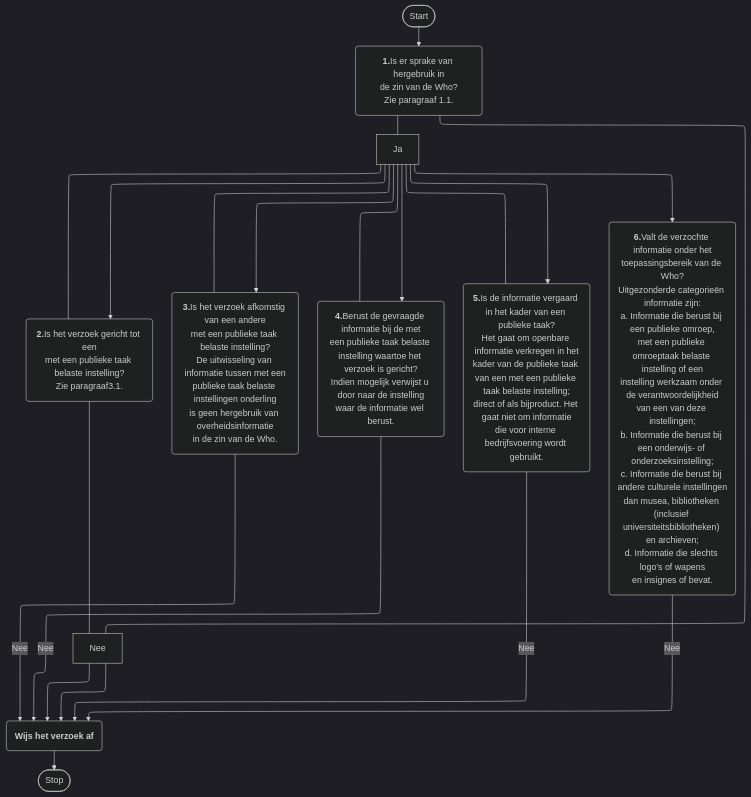
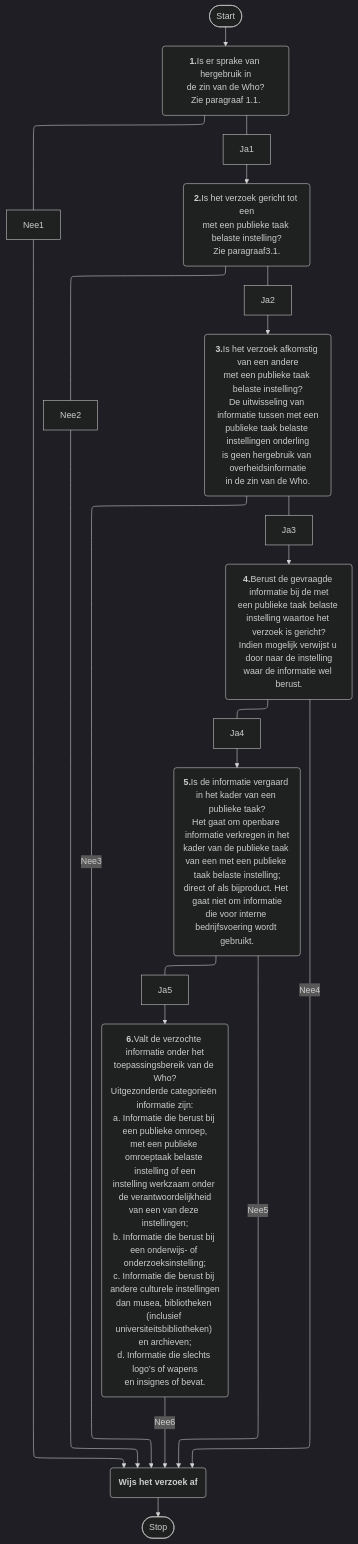
The diagram in test.md (VNG-Realisatie/VNG-R-Respec-Template), drawn with Mermaid (dark theme) before and after one commit.

````diff
--- a/test.md
+++ b/test.md
@@ -7,18 +7,30 @@
 ```mermaid
 %%{init: {"flowchart": {"defaultRenderer": "elk"}} }%%
 graph TD
     A([Start])---->B("<b>1.</b><br/>Is er sprake van hergebruik in de zin van de Who?<br/>Zie paragraaf 1.1.")
-    B("<b>1.</b>Is er sprake van hergebruik in<br/>de zin van de Who?<br/>Zie paragraaf 1.1.")---Nee--->L("<b>Wijs het verzoek af</b>")
-    B("<b>1.</b>Is er sprake van hergebruik in<br/>de zin van de Who?<br/>Zie paragraaf 1.1.")---Ja--->C("<b>2.</b>Is het verzoek gericht tot een<br/>met een publieke taak belaste instelling?<br/>Zie paragraaf3.1.")
-    C("<b>2.</b>Is het verzoek gericht tot een<br/>met een publieke taak belaste instelling?<br/>Zie paragraaf3.1.")---Nee--->L("<b>Wijs het verzoek af</b>")
+
+    B("<b>1.</b>Is er sprake van hergebruik in<br/>de zin van de Who?<br/>Zie paragraaf 1.1.")---Nee1--->L("<b>Wijs het verzoek af</b>")
+
+    B("<b>1.</b>Is er sprake van hergebruik in<br/>de zin van de Who?<br/>Zie paragraaf 1.1.")---Ja1--->C("<b>2.</b>Is het verzoek gericht tot een<br/>met een publieke taak belaste instelling?<br/>Zie paragraaf3.1.")
+
+    C("<b>2.</b>Is het verzoek gericht tot een<br/>met een publieke taak belaste instelling?<br/>Zie paragraaf3.1.")---Nee2--->L("<b>Wijs het verzoek af</b>")
+
     C("<b>2.</b>Is het verzoek gericht tot een<br/>met een publieke taak belaste instelling?<br/>Zie paragraaf3.1.")
----Ja--->D("<b>3.</b>Is het verzoek afkomstig van een andere<br/>met een publieke taak belaste instelling?<br/>De uitwisseling van informatie tussen met een<br/>publieke taak belaste instellingen onderling<br/>is geen hergebruik van overheidsinformatie<br/>in de zin van de Who.")
-    D("<b>3.</b>Is het verzoek afkomstig van een andere<br/>met een publieke taak belaste instelling?<br/>De uitwisseling van informatie tussen met een<br/>publieke taak belaste instellingen onderling<br/>is geen hergebruik van overheidsinformatie<br/>in de zin van de Who.")--Nee--->L("<b>Wijs het verzoek af</b>")
-    D("<b>3.</b>Is het verzoek afkomstig van een andere<br/>met een publieke taak belaste instelling?<br/>De uitwisseling van informatie tussen met een<br/>publieke taak belaste instellingen onderling<br/>is geen hergebruik van overheidsinformatie<br/>in de zin van de Who.")---Ja--->E("<b>4.</b>"Berust de gevraagde informatie bij de met<br/>een publieke taak belaste instelling waartoe het verzoek is gericht?<br/>Indien mogelijk verwijst u door naar de instelling waar de informatie wel berust.) 
-    E("<b>4.</b>"Berust de gevraagde informatie bij de met<br/>een publieke taak belaste instelling waartoe het verzoek is gericht?<br/>Indien mogelijk verwijst u door naar de instelling<br/>waar de informatie wel berust.)--Nee--->L("<b>Wijs het verzoek af</b>")
-    E("<b>4.</b>"Berust de gevraagde informatie bij de met<br/>een publieke taak belaste instelling waartoe het verzoek is gericht?<br/>Indien mogelijk verwijst u door naar de instelling<br/>waar de informatie wel berust.)---Ja---> F("<b>5.</b>Is de informatie vergaard in het kader van een publieke taak?<br/>Het gaat om openbare informatie verkregen in het<br/>kader van de publieke taak van een met een publieke taak belaste instelling;<br/>direct of als bijproduct. Het gaat niet om informatie<br/>die voor interne bedrijfsvoering wordt gebruikt.")
-    F("<b>5.</b>Is de informatie vergaard in het kader van een publieke taak?<br/>Het gaat om openbare informatie verkregen in het<br/>kader van de publieke taak van een met een publieke taak belaste instelling;<br/>direct of als bijproduct. Het gaat niet om informatie<br/>die voor interne bedrijfsvoering wordt gebruikt.")--Nee--->L("<b>Wijs het verzoek af</b>")
-    F("<b>5.</b>Is de informatie vergaard in het kader van een publieke taak?<br/>Het gaat om openbare informatie verkregen in het<br/>kader van de publieke taak van een met een publieke taak belaste instelling;<br/>direct of als bijproduct. Het gaat niet om informatie<br/>die voor interne bedrijfsvoering wordt gebruikt.")---Ja--->G("<b>6.</b>Valt de verzochte informatie onder het<br/>toepassingsbereik van de Who?<br/>Uitgezonderde categorieën informatie zijn:<br/>a. Informatie die berust bij een publieke omroep,<br/>met een publieke omroeptaak belaste instelling of een<br/>instelling werkzaam onder de verantwoordelijkheid<br/>van een van deze instellingen;<br/>b. Informatie die berust bij een onderwijs- of onderzoeksinstelling;<br/>c. Informatie die berust bij andere culturele instellingen<br/>dan musea, bibliotheken (inclusief universiteitsbibliotheken) en archieven;<br/>d. Informatie die slechts logo’s of wapens<br/>en insignes of bevat.")
-    G("<b>6.</b>Valt de verzochte informatie onder het<br/>toepassingsbereik van de Who?<br/>Uitgezonderde categorieën informatie zijn:<br/>a. Informatie die berust bij een publieke omroep,<br/>met een publieke omroeptaak belaste instelling of een<br/>instelling werkzaam onder de verantwoordelijkheid<br/>van een van deze instellingen;<br/>b. Informatie die berust bij een onderwijs- of onderzoeksinstelling;<br/>c. Informatie die berust bij andere culturele instellingen<br/>dan musea, bibliotheken (inclusief universiteitsbibliotheken) en archieven;<br/>d. Informatie die slechts logo’s of wapens<br/>en insignes of bevat.")--Nee--->L("<b>Wijs het verzoek af</b>")
+---Ja2--->D("<b>3.</b>Is het verzoek afkomstig van een andere<br/>met een publieke taak belaste instelling?<br/>De uitwisseling van informatie tussen met een<br/>publieke taak belaste instellingen onderling<br/>is geen hergebruik van overheidsinformatie<br/>in de zin van de Who.")
+
+    D("<b>3.</b>Is het verzoek afkomstig van een andere<br/>met een publieke taak belaste instelling?<br/>De uitwisseling van informatie tussen met een<br/>publieke taak belaste instellingen onderling<br/>is geen hergebruik van overheidsinformatie<br/>in de zin van de Who.")--Nee3--->L("<b>Wijs het verzoek af</b>")
+
+    D("<b>3.</b>Is het verzoek afkomstig van een andere<br/>met een publieke taak belaste instelling?<br/>De uitwisseling van informatie tussen met een<br/>publieke taak belaste instellingen onderling<br/>is geen hergebruik van overheidsinformatie<br/>in de zin van de Who.")---Ja3--->E("<b>4.</b>"Berust de gevraagde informatie bij de met<br/>een publieke taak belaste instelling waartoe het verzoek is gericht?<br/>Indien mogelijk verwijst u door naar de instelling waar de informatie wel berust.)
+
+    E("<b>4.</b>"Berust de gevraagde informatie bij de met<br/>een publieke taak belaste instelling waartoe het verzoek is gericht?<br/>Indien mogelijk verwijst u door naar de instelling<br/>waar de informatie wel berust.)--Nee4--->L("<b>Wijs het verzoek af</b>")
+
+    E("<b>4.</b>"Berust de gevraagde informatie bij de met<br/>een publieke taak belaste instelling waartoe het verzoek is gericht?<br/>Indien mogelijk verwijst u door naar de instelling<br/>waar de informatie wel berust.)---Ja4---> F("<b>5.</b>Is de informatie vergaard in het kader van een publieke taak?<br/>Het gaat om openbare informatie verkregen in het<br/>kader van de publieke taak van een met een publieke taak belaste instelling;<br/>direct of als bijproduct. Het gaat niet om informatie<br/>die voor interne bedrijfsvoering wordt gebruikt.")
+
+    F("<b>5.</b>Is de informatie vergaard in het kader van een publieke taak?<br/>Het gaat om openbare informatie verkregen in het<br/>kader van de publieke taak van een met een publieke taak belaste instelling;<br/>direct of als bijproduct. Het gaat niet om informatie<br/>die voor interne bedrijfsvoering wordt gebruikt.")--Nee5--->L("<b>Wijs het verzoek af</b>")
+
+    F("<b>5.</b>Is de informatie vergaard in het kader van een publieke taak?<br/>Het gaat om openbare informatie verkregen in het<br/>kader van de publieke taak van een met een publieke taak belaste instelling;<br/>direct of als bijproduct. Het gaat niet om informatie<br/>die voor interne bedrijfsvoering wordt gebruikt.")---Ja5--->G("<b>6.</b>Valt de verzochte informatie onder het<br/>toepassingsbereik van de Who?<br/>Uitgezonderde categorieën informatie zijn:<br/>a. Informatie die berust bij een publieke omroep,<br/>met een publieke omroeptaak belaste instelling of een<br/>instelling werkzaam onder de verantwoordelijkheid<br/>van een van deze instellingen;<br/>b. Informatie die berust bij een onderwijs- of onderzoeksinstelling;<br/>c. Informatie die berust bij andere culturele instellingen<br/>dan musea, bibliotheken (inclusief universiteitsbibliotheken) en archieven;<br/>d. Informatie die slechts logo’s of wapens<br/>en insignes of bevat.")
+
+    G("<b>6.</b>Valt de verzochte informatie onder het<br/>toepassingsbereik van de Who?<br/>Uitgezonderde categorieën informatie zijn:<br/>a. Informatie die berust bij een publieke omroep,<br/>met een publieke omroeptaak belaste instelling of een<br/>instelling werkzaam onder de verantwoordelijkheid<br/>van een van deze instellingen;<br/>b. Informatie die berust bij een onderwijs- of onderzoeksinstelling;<br/>c. Informatie die berust bij andere culturele instellingen<br/>dan musea, bibliotheken (inclusief universiteitsbibliotheken) en archieven;<br/>d. Informatie die slechts logo’s of wapens<br/>en insignes of bevat.")--Nee6--->L("<b>Wijs het verzoek af</b>")
 ---->X([Stop])
+
 ```
````
